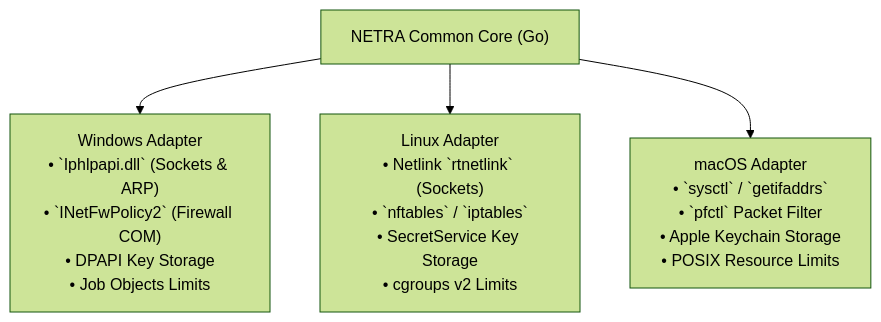
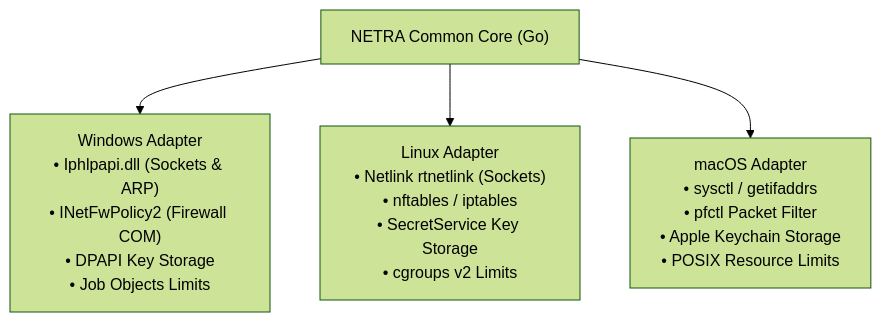
Before and after one commit to Subhadip-Paul2006/NETRA-Backend: the seventh of 8 diagrams in docs/ARCHITECTURE.md, drawn with Mermaid (forest theme). The commit also changed other lines of this file and 14 other files, not shown here.

Commit message:
fix(docs): resolve GitHub Mermaid diagram lexical errors and KaTeX math formatting across all specifications

````diff
--- a/docs/ARCHITECTURE.md
+++ b/docs/ARCHITECTURE.md
@@ -200,8 +200,8 @@
 ```mermaid
 flowchart TD
     Core["NETRA Common Core (Go)"]
     
-    Core --> WinAdapter["Windows Adapter<br/>• `Iphlpapi.dll` (Sockets & ARP)<br/>• `INetFwPolicy2` (Firewall COM)<br/>• DPAPI Key Storage<br/>• Job Objects Limits"]
-    Core --> LinuxAdapter["Linux Adapter<br/>• Netlink `rtnetlink` (Sockets)<br/>• `nftables` / `iptables`<br/>• SecretService Key Storage<br/>• cgroups v2 Limits"]
-    Core --> MacAdapter["macOS Adapter<br/>• `sysctl` / `getifaddrs`<br/>• `pfctl` Packet Filter<br/>• Apple Keychain Storage<br/>• POSIX Resource Limits"]
+    Core --> WinAdapter["Windows Adapter<br/>• Iphlpapi.dll (Sockets & ARP)<br/>• INetFwPolicy2 (Firewall COM)<br/>• DPAPI Key Storage<br/>• Job Objects Limits"]
+    Core --> LinuxAdapter["Linux Adapter<br/>• Netlink rtnetlink (Sockets)<br/>• nftables / iptables<br/>• SecretService Key Storage<br/>• cgroups v2 Limits"]
+    Core --> MacAdapter["macOS Adapter<br/>• sysctl / getifaddrs<br/>• pfctl Packet Filter<br/>• Apple Keychain Storage<br/>• POSIX Resource Limits"]
 ```
````
